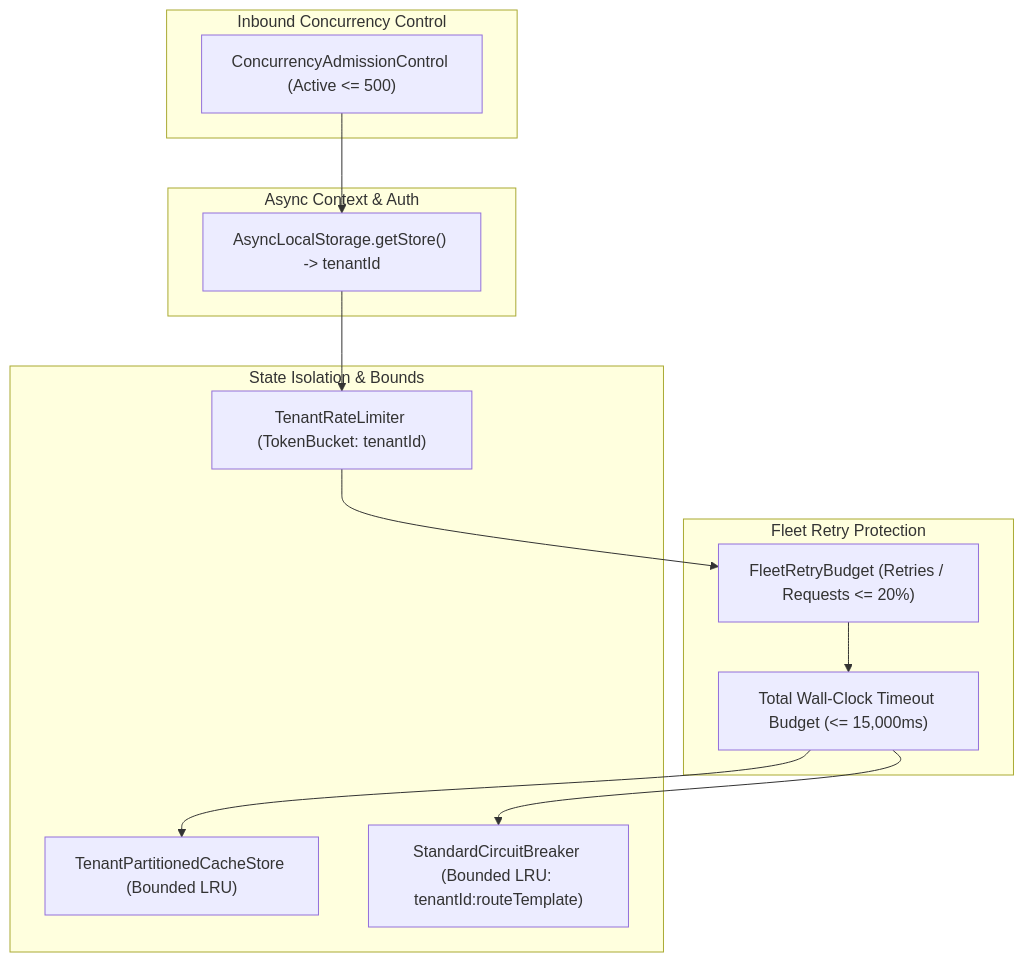
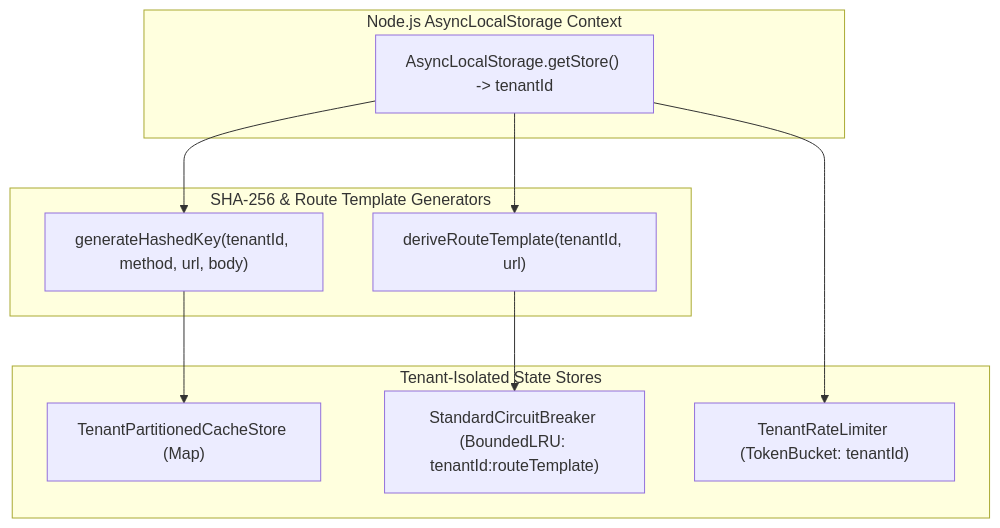
Before and after one commit to Chief-Strategist-J/llm-observability-platform: the fifth of 5 diagrams in packages/node/shared-infra/docs/adr/0001-scalable-resilient-telemetry-http-pipeline.md, drawn with Mermaid. The commit also changed other lines of this file, not shown here.

Commit message:
docs(adr): add Low-Level Pipeline Execution Sequence Diagram and Circuit Breaker State Machine Transition Diagram to ADR 0001

````diff
--- a/packages/node/shared-infra/docs/adr/0001-scalable-resilient-telemetry-http-pipeline.md
+++ b/packages/node/shared-infra/docs/adr/0001-scalable-resilient-telemetry-http-pipeline.md
@@ -179,27 +271,22 @@
 ```mermaid
 graph TD
-  subgraph InboundGuard ["Inbound Concurrency Control"]
-    ADM["ConcurrencyAdmissionControl (Active <= 500)"]
-  end
-
-  subgraph ContextEngine ["Async Context & Auth"]
+  subgraph AuthContext ["Node.js AsyncLocalStorage Context"]
     ALS["AsyncLocalStorage.getStore() -> tenantId"]
   end
 
-  subgraph RetryGuard ["Fleet Retry Protection"]
-    BUDGET["FleetRetryBudget (Retries / Requests <= 20%)"]
-    WALL["Total Wall-Clock Timeout Budget (<= 15,000ms)"]
+  subgraph KeyGenerators ["SHA-256 & Route Template Generators"]
+    HASH["generateHashedKey(tenantId, method, url, body)"]
+    ROUTE["deriveRouteTemplate(tenantId, url)"]
   end
 
-  subgraph PartitionedState ["State Isolation & Bounds"]
-    LRU["TenantPartitionedCacheStore (Bounded LRU)"]
-    CBStore["StandardCircuitBreaker (Bounded LRU: tenantId:routeTemplate)"]
+  subgraph IsolatedPartitions ["Tenant-Isolated State Stores"]
+    LRU["TenantPartitionedCacheStore (Map<tenantId, BoundedLRU>)"]
+    CBStore["StandardCircuitBreaker (BoundedLRU: tenantId:routeTemplate)"]
     RateStore["TenantRateLimiter (TokenBucket: tenantId)"]
   end
 
-  ADM --> ALS
+  ALS --> HASH & ROUTE
   ALS --> RateStore
-  RateStore --> BUDGET
-  BUDGET --> WALL
-  WALL --> LRU & CBStore
+  HASH --> LRU
+  ROUTE --> CBStore
 ```
````
